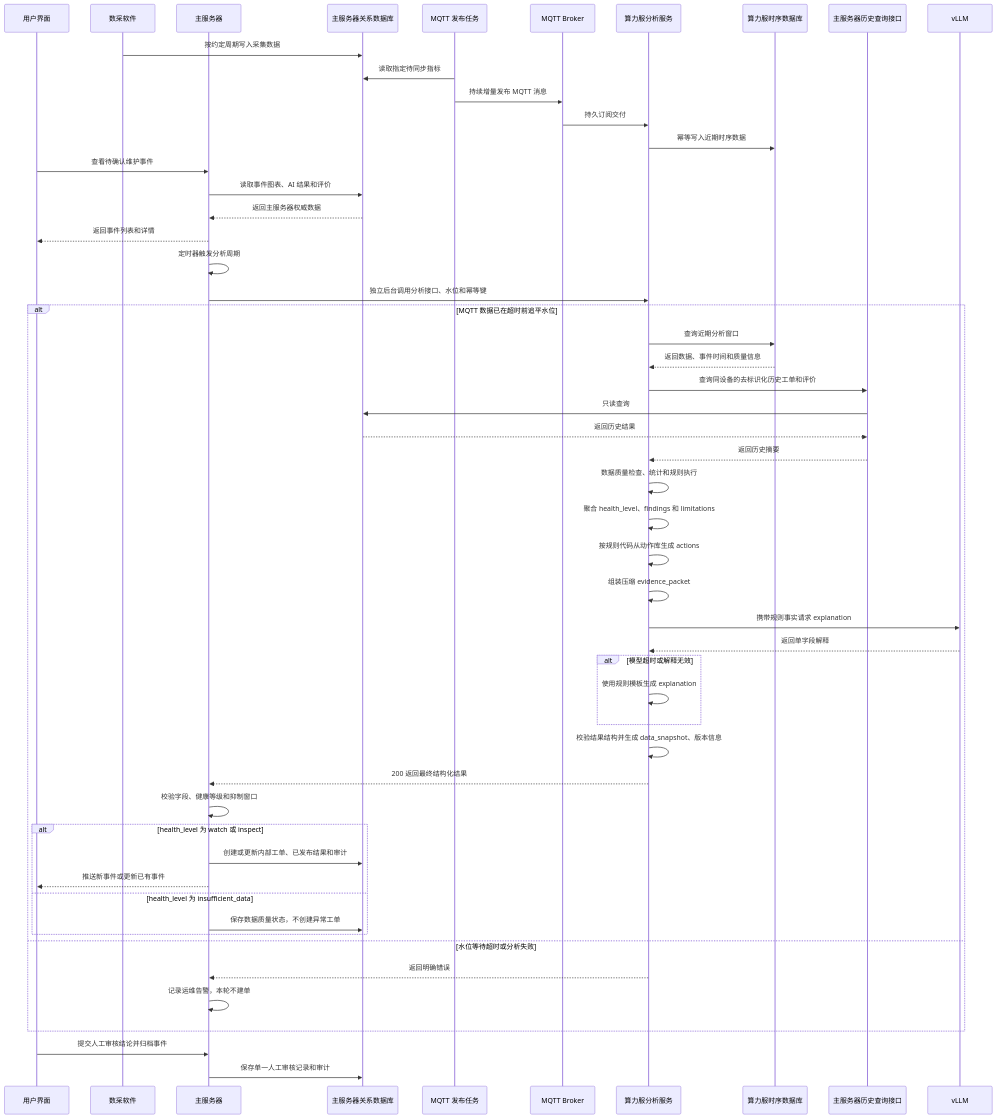
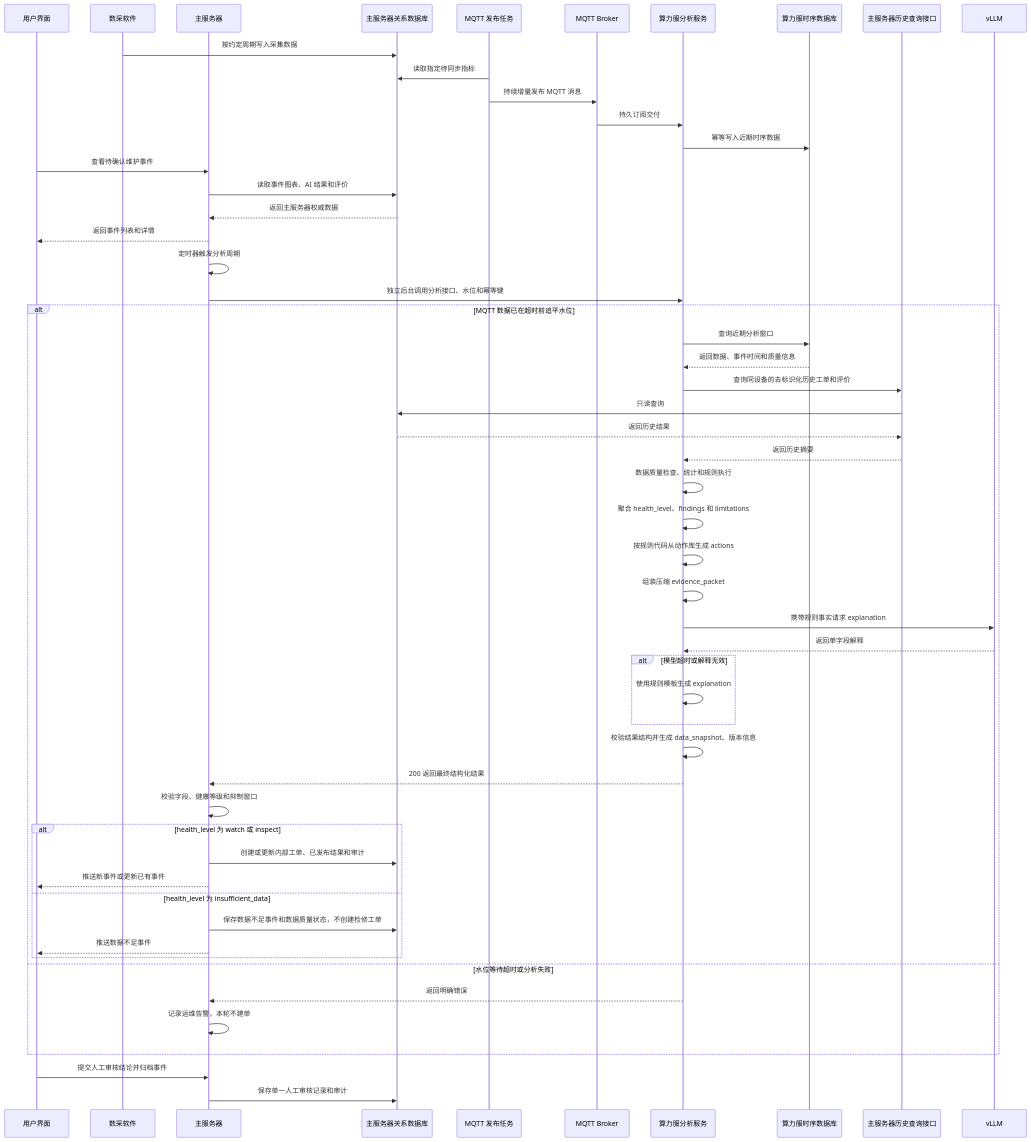
One commit to masskx/CompanyP26122 changed the second of 4 diagrams in docs/项目规划/设计文档.md. Above: the diagram before and after it, drawn with Mermaid. The commit also changed other lines of this file and 34 other files, not shown here.

````diff
--- a/docs/项目规划/设计文档.md
+++ b/docs/项目规划/设计文档.md
@@ -140,59 +166,60 @@
 ```mermaid
 sequenceDiagram
     participant E as 用户界面
     participant N as 数采软件
     participant M as 主服务器
     participant P as 主服务器关系数据库
     participant X as MQTT 发布任务
     participant Q as MQTT Broker
     participant C as 算力服分析服务
     participant T as 算力服时序数据库
     participant H as 主服务器历史查询接口
     participant L as vLLM
 
     N->>P: 按约定周期写入采集数据
     X->>P: 读取指定待同步指标
     X->>Q: 持续增量发布 MQTT 消息
     Q->>C: 持久订阅交付
     C->>T: 幂等写入近期时序数据
 
     E->>M: 查看待确认维护事件
     M->>P: 读取事件图表、AI 结果和评价
     P-->>M: 返回主服务器权威数据
     M-->>E: 返回事件列表和详情
 
     M->>M: 定时器触发分析周期
     M->>C: 独立后台调用分析接口、水位和幂等键
     alt MQTT 数据已在超时前追平水位
         C->>T: 查询近期分析窗口
         T-->>C: 返回数据、事件时间和质量信息
         C->>H: 查询同设备的去标识化历史工单和评价
         H->>P: 只读查询
         P-->>H: 返回历史结果
         H-->>C: 返回历史摘要
         C->>C: 数据质量检查、统计和规则执行
         C->>C: 聚合 health_level、findings 和 limitations
         C->>C: 按规则代码从动作库生成 actions
         C->>C: 组装压缩 evidence_packet
         C->>L: 携带规则事实请求 explanation
         L-->>C: 返回单字段解释
         alt 模型超时或解释无效
             C->>C: 使用规则模板生成 explanation
         end
         C->>C: 校验结果结构并生成 data_snapshot、版本信息
         C-->>M: 200 返回最终结构化结果
         M->>M: 校验字段、健康等级和抑制窗口
         alt health_level 为 watch 或 inspect
             M->>P: 创建或更新内部工单、已发布结果和审计
             M-->>E: 推送新事件或更新已有事件
         else health_level 为 insufficient_data
-            M->>P: 保存数据质量状态，不创建异常工单
+            M->>P: 保存数据不足事件和数据质量状态，不创建检修工单
+            M-->>E: 推送数据不足事件
         end
     else 水位等待超时或分析失败
         C-->>M: 返回明确错误
         M->>M: 记录运维告警，本轮不建单
     end
 
     E->>M: 提交人工审核结论并归档事件
     M->>P: 保存单一人工审核记录和审计
 ```
````
